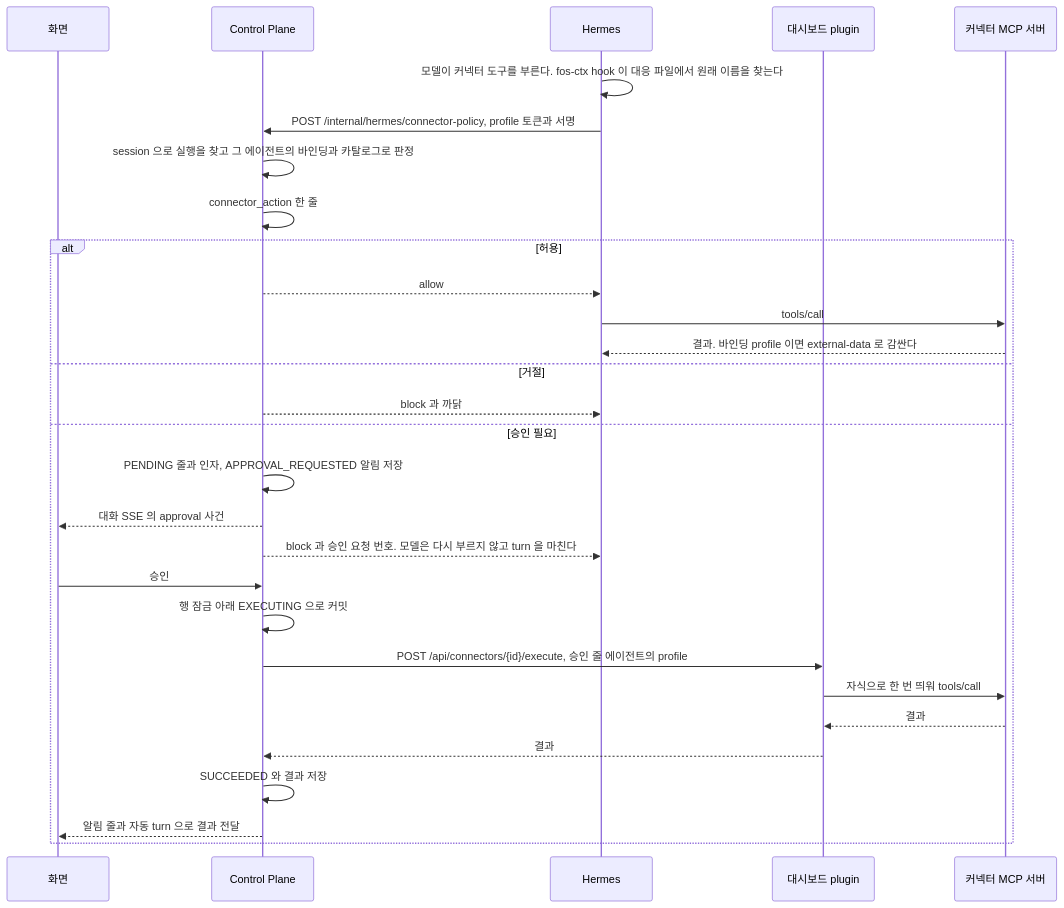
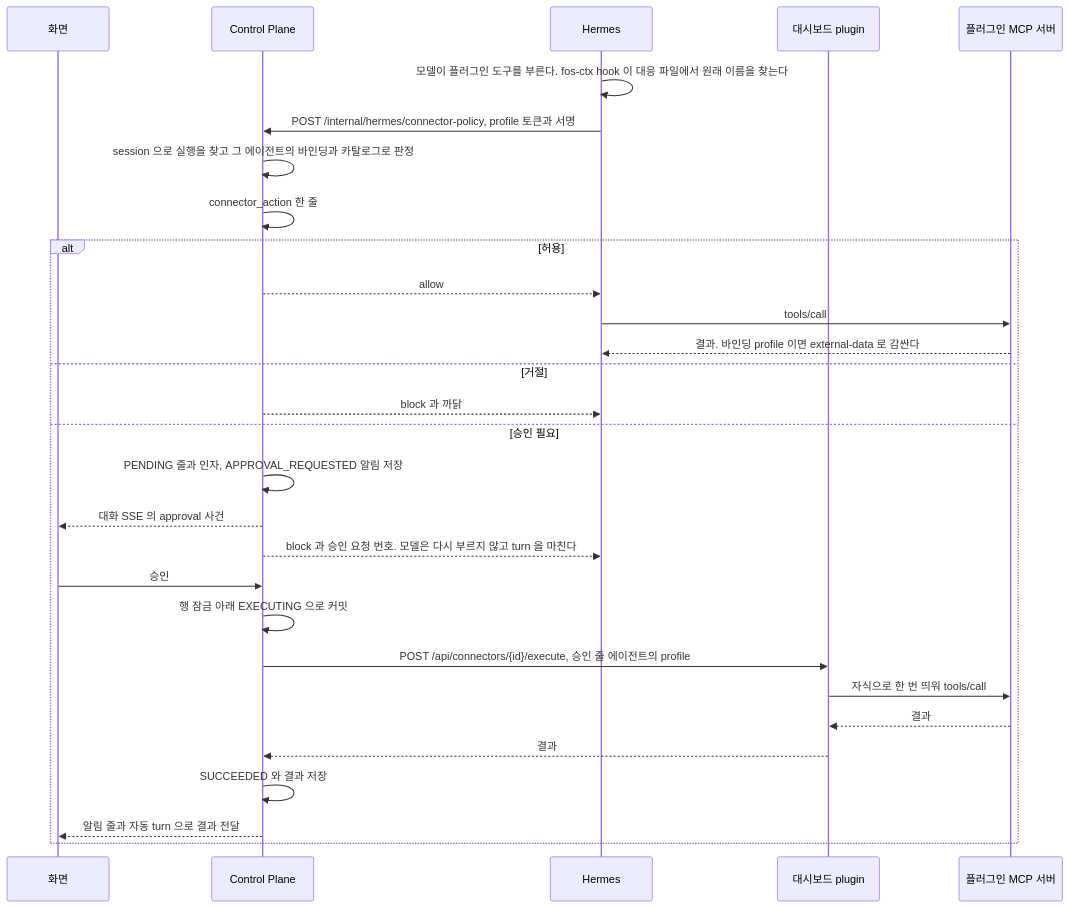
One commit to jon890/fos-assistant changed the diagram in docs/features/connector-policy.md. Above: the diagram before and after it, drawn with Mermaid. The commit also changed other lines of this file and 26 other files, not shown here.

First line of the commit message:
docs(docs): 문서와 용어표의 「커넥터」 를 「플러그인」 으로 바꾼다

````diff
--- a/docs/features/connector-policy.md
+++ b/docs/features/connector-policy.md
@@ -94,32 +94,32 @@
 ```mermaid
 sequenceDiagram
     participant W as 화면
     participant C as Control Plane
     participant H as Hermes
     participant D as 대시보드 plugin
-    participant S as 커넥터 MCP 서버
+    participant S as 플러그인 MCP 서버
 
-    H->>H: 모델이 커넥터 도구를 부른다. fos-ctx hook 이 대응 파일에서 원래 이름을 찾는다
+    H->>H: 모델이 플러그인 도구를 부른다. fos-ctx hook 이 대응 파일에서 원래 이름을 찾는다
     H->>C: POST /internal/hermes/connector-policy, profile 토큰과 서명
     C->>C: session 으로 실행을 찾고 그 에이전트의 바인딩과 카탈로그로 판정
     C->>C: connector_action 한 줄
     alt 허용
         C-->>H: allow
         H->>S: tools/call
         S-->>H: 결과. 바인딩 profile 이면 external-data 로 감싼다
     else 거절
         C-->>H: block 과 까닭
     else 승인 필요
         C->>C: PENDING 줄과 인자, APPROVAL_REQUESTED 알림 저장
         C-->>W: 대화 SSE 의 approval 사건
         C-->>H: block 과 승인 요청 번호. 모델은 다시 부르지 않고 turn 을 마친다
         W->>C: 승인
         C->>C: 행 잠금 아래 EXECUTING 으로 커밋
         C->>D: POST /api/connectors/{id}/execute, 승인 줄 에이전트의 profile
         D->>S: 자식으로 한 번 띄워 tools/call
         S-->>D: 결과
         D-->>C: 결과
         C->>C: SUCCEEDED 와 결과 저장
         C-->>W: 알림 줄과 자동 turn 으로 결과 전달
     end
 ```
````
